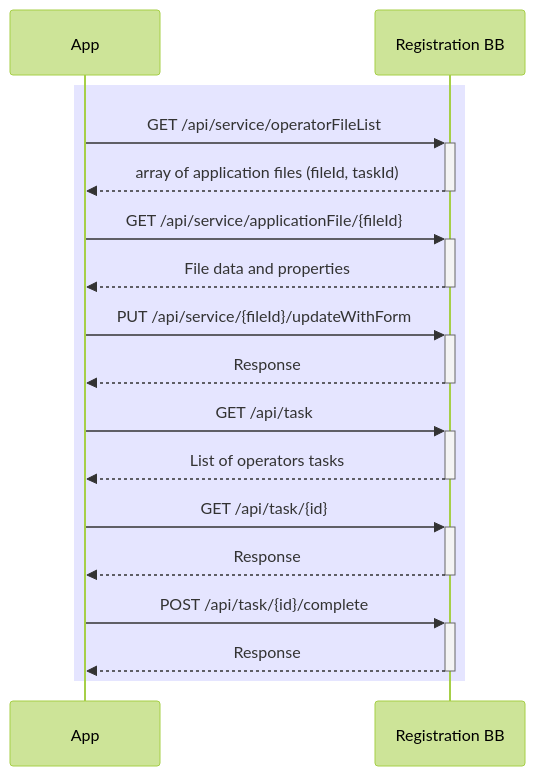
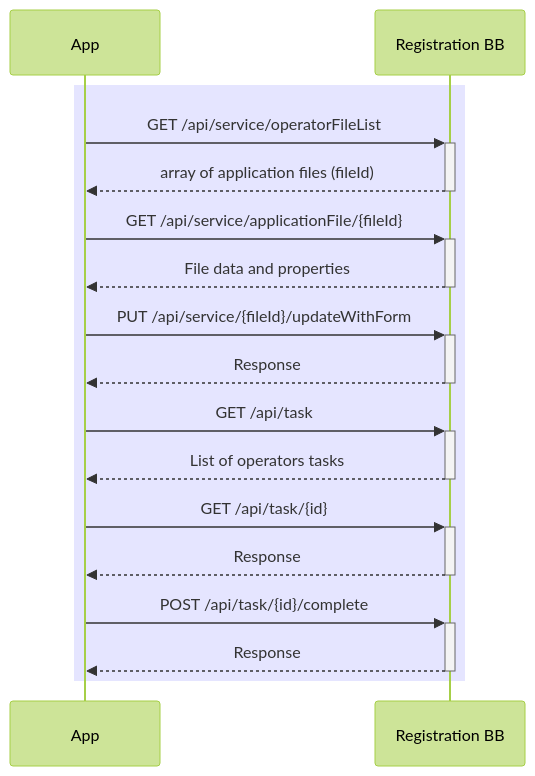
Before and after one commit to GovStackWorkingGroup/bb-registration: the diagram in api/OperatorSequenceDiagram.mermaid, drawn with Mermaid (forest theme).

Commit message:
Update OperatorSequenceDiagram.mermaid
small fix

```diff
--- a/api/OperatorSequenceDiagram.mermaid
+++ b/api/OperatorSequenceDiagram.mermaid
@@ -1,25 +1,25 @@
 sequenceDiagram
     rect rgba(0, 0, 255, .1)
 
 
     App->>+Registration BB: GET /api/service/operatorFileList
-    Registration BB-->>-App: array of application files (fileId, taskId)
+    Registration BB-->>-App: array of application files (fileId)
     
     App->>+Registration BB: GET /api/service/applicationFile/{fileId}
     Registration BB-->>-App: File data and properties
 
     App->>+Registration BB: PUT /api/service/{fileId}/updateWithForm
     Registration BB-->>-App: Response
 
     App->>+Registration BB: GET /api/task
     Registration BB-->>-App: List of operators tasks
 
     App->>+Registration BB: GET /api/task/{id}
     Registration BB-->>-App: Response
 
 
     App->>+Registration BB: POST /api/task/{id}/complete
     Registration BB-->>-App: Response
 
     
     end
```
